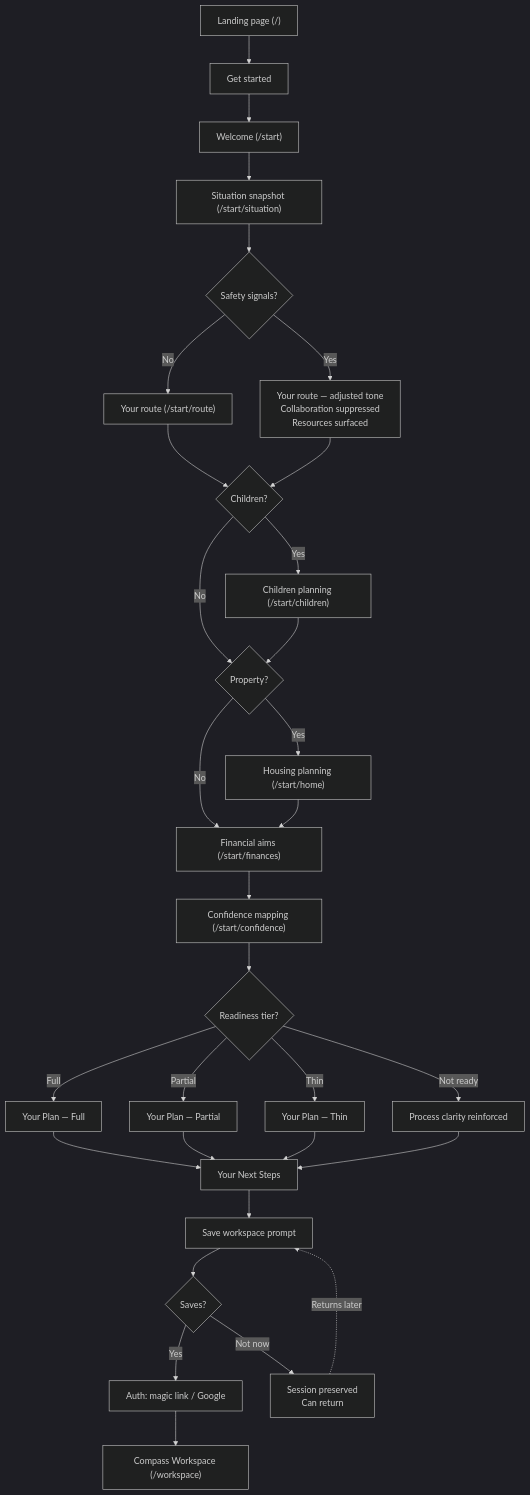
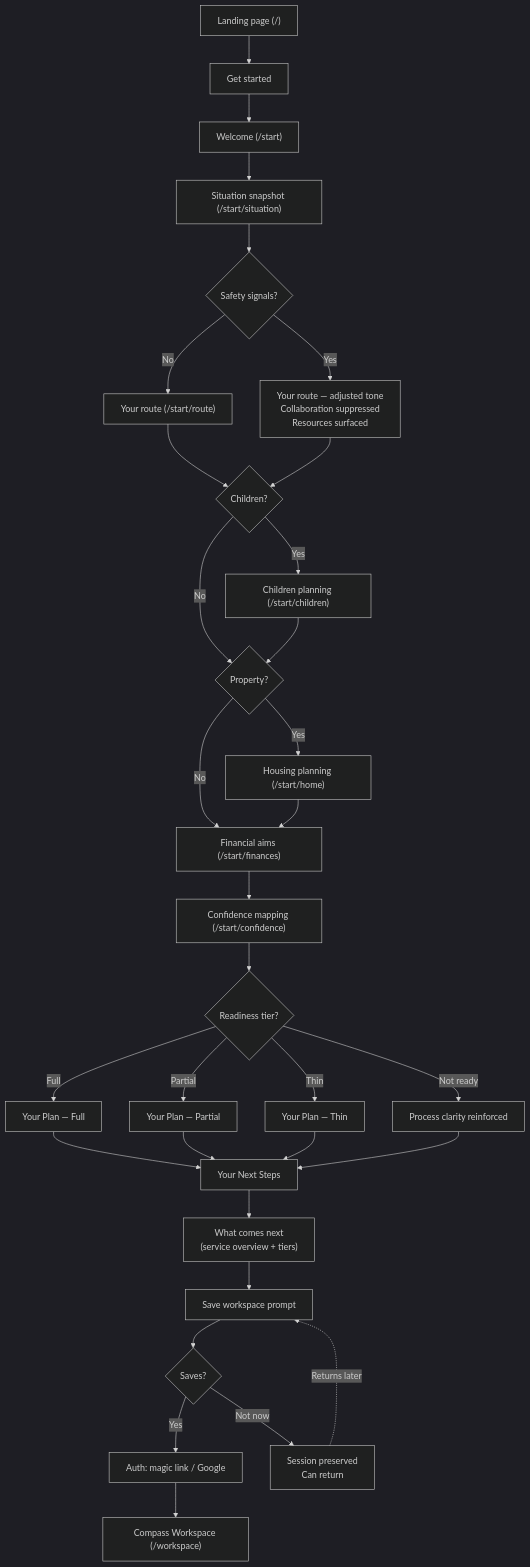
Before and after one commit to rossdelarge247-debug/construct_d_01: the first of 4 diagrams in docs/v1/v1-wireframes.md, drawn with Mermaid (dark theme). The commit also changed other lines of this file and 2 other files, not shown here.

First line of the commit message:
Update workspace wireframes, add commercial bridge, add V1 vertical assessment

````diff
--- a/docs/v1/v1-wireframes.md
+++ b/docs/v1/v1-wireframes.md
@@ -5,33 +5,34 @@
 ```mermaid
 flowchart TD
     A["Landing page (/)"] --> B["Get started"]
     B --> C["Welcome (/start)"]
     C --> D["Situation snapshot (/start/situation)"]
     D --> E{"Safety signals?"}
     E -->|No| F["Your route (/start/route)"]
     E -->|Yes| F2["Your route — adjusted tone\nCollaboration suppressed\nResources surfaced"]
     F --> G{"Children?"}
     F2 --> G
     G -->|Yes| H["Children planning (/start/children)"]
     G -->|No| I{"Property?"}
     H --> I
     I -->|Yes| J["Housing planning (/start/home)"]
     I -->|No| K["Financial aims (/start/finances)"]
     J --> K
     K --> L["Confidence mapping (/start/confidence)"]
     L --> M{"Readiness tier?"}
     M -->|Full| N1["Your Plan — Full"]
     M -->|Partial| N2["Your Plan — Partial"]
     M -->|Thin| N3["Your Plan — Thin"]
     M -->|Not ready| N4["Process clarity reinforced"]
     N1 --> O["Your Next Steps"]
     N2 --> O
     N3 --> O
     N4 --> O
-    O --> P["Save workspace prompt"]
-    P --> Q{"Saves?"}
-    Q -->|Yes| R["Auth: magic link / Google"]
-    Q -->|Not now| S["Session preserved\nCan return"]
-    R --> T["Compass Workspace (/workspace)"]
-    S -.->|Returns later| P
+    O --> P["What comes next\n(service overview + tiers)"]
+    P --> Q["Save workspace prompt"]
+    Q --> R{"Saves?"}
+    R -->|Yes| S["Auth: magic link / Google"]
+    R -->|Not now| T["Session preserved\nCan return"]
+    S --> U["Compass Workspace (/workspace)"]
+    T -.->|Returns later| Q
 ```
````
